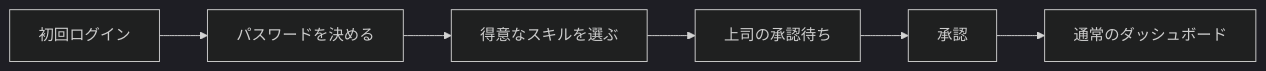
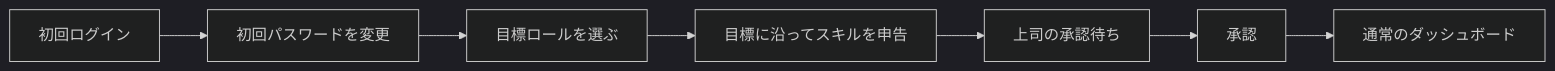
Before and after one commit to yoshiki-mizuho/Beijing-Talentmanegement: the fifth of 6 diagrams in docs/SCREEN_AND_FLOW.md, drawn with Mermaid (dark theme). The commit also changed other lines of this file and 5 other files, not shown here.

````diff
--- a/docs/SCREEN_AND_FLOW.md
+++ b/docs/SCREEN_AND_FLOW.md
@@ -137,8 +143,9 @@
 ```mermaid
 flowchart LR
-  Login[初回ログイン] --> Password[パスワードを決める]
-  Password --> Select[得意なスキルを選ぶ]
+  Login[初回ログイン] --> Password[初回パスワードを変更]
+  Password --> Target[目標ロールを選ぶ]
+  Target --> Select[目標に沿ってスキルを申告]
   Select --> Waiting[上司の承認待ち]
   Waiting --> Approved[承認]
   Approved --> Dashboard[通常のダッシュボード]
 ```
````
